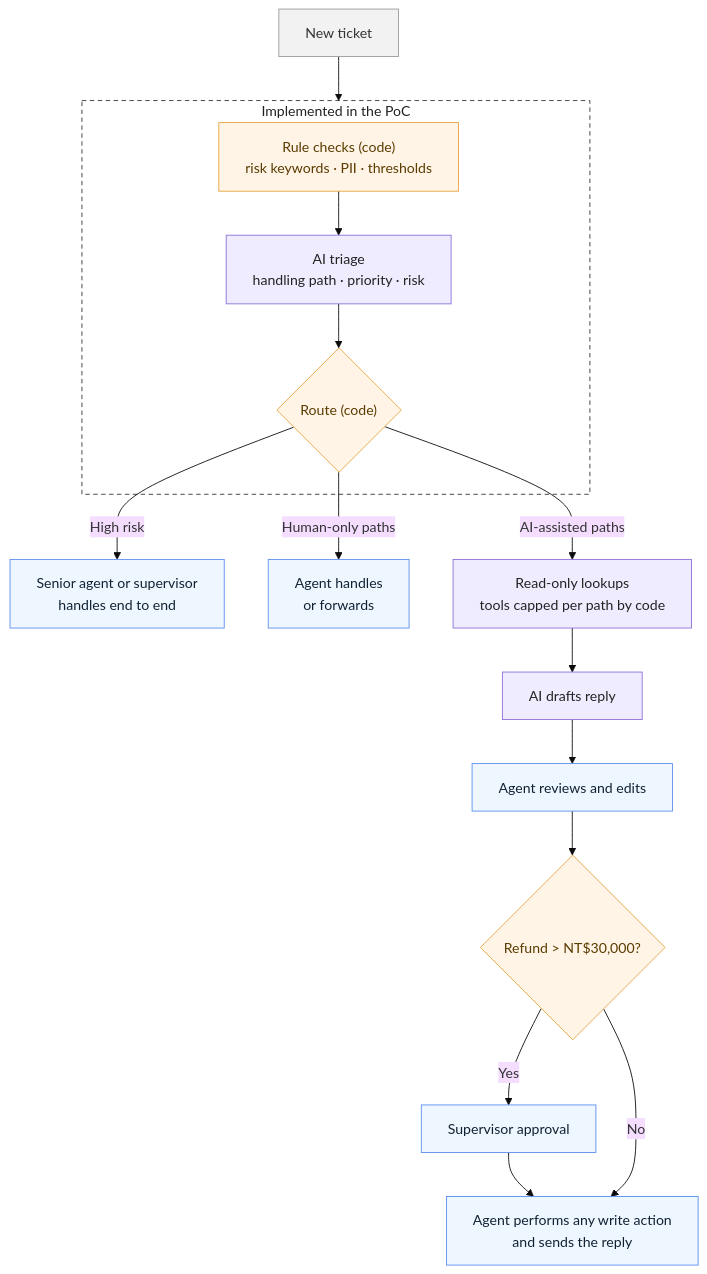
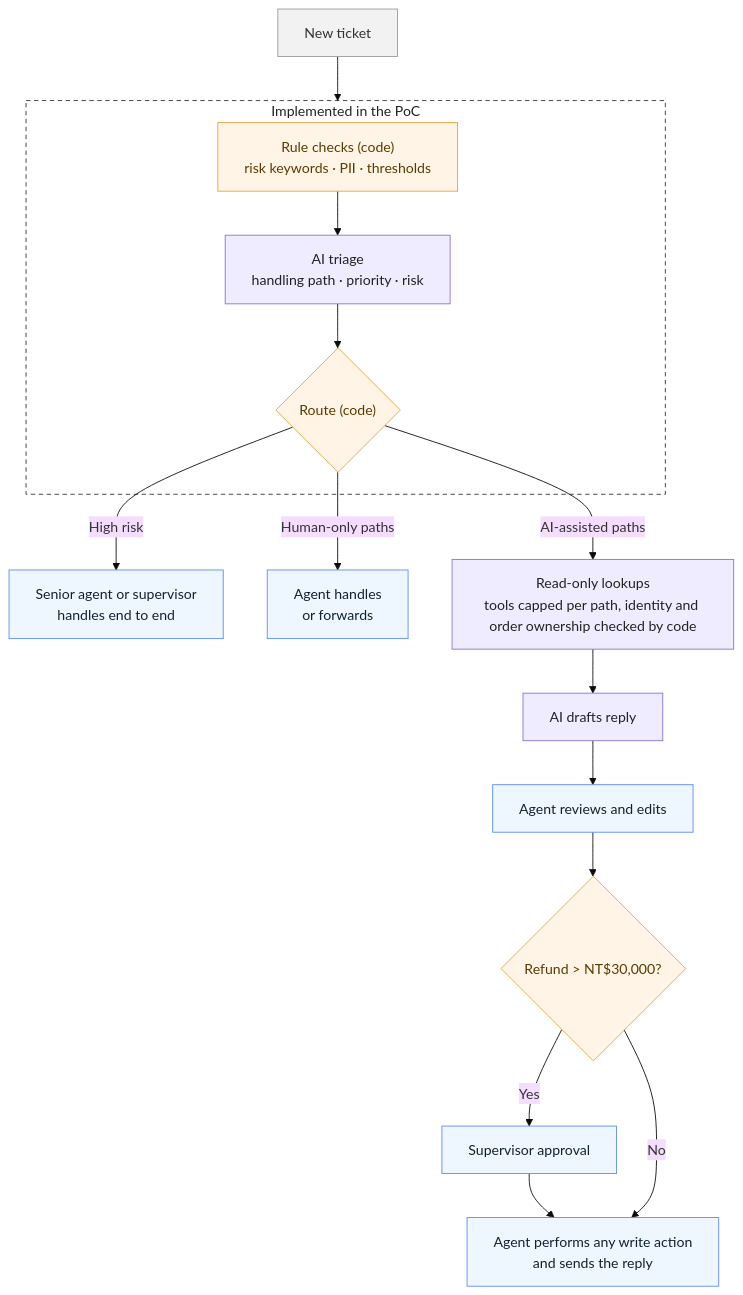
The diagram in docs/figures/workflow_overview.mmd (wei-yiting/travel-support-ai-case-study), drawn with Mermaid (base theme) before and after one commit. The commit also changed 6 other files, not shown here.

```diff
--- a/docs/figures/workflow_overview.mmd
+++ b/docs/figures/workflow_overview.mmd
@@ -1,27 +1,27 @@
 %%{init: {"flowchart": {"wrappingWidth": 260}}}%%
 flowchart TD
   A["New ticket"] --> P
 
   subgraph P["Implemented in the PoC"]
     R["Rule checks (code)<br/>risk keywords · PII · thresholds"] --> T["AI triage<br/>handling path · priority · risk"]
     T --> RT{"Route (code)"}
   end
 
   RT -- "High risk" --> HR["Senior agent or supervisor<br/>handles end to end"]
   RT -- "Human-only paths" --> HU["Agent handles<br/>or forwards"]
-  RT -- "AI-assisted paths" --> L["Read-only lookups<br/>tools capped per path by code"]
+  RT -- "AI-assisted paths" --> L["Read-only lookups<br/>tools capped per path, identity and order ownership checked by code"]
   L --> D["AI drafts reply"]
   D --> K["Agent reviews and edits"]
   K --> J{"Refund > NT$30,000?"}
   J -- Yes --> S["Supervisor approval"] --> SEND
   J -- No --> SEND["Agent performs any write action<br/>and sends the reply"]
 
   classDef rule fill:#fff4e5,stroke:#e8a33d,color:#5a3b00;
   classDef ai fill:#f0ecff,stroke:#8b6fd6,color:#222;
   classDef human fill:#eef6ff,stroke:#5b8def,color:#123;
   classDef sys fill:#f2f2f2,stroke:#999,color:#333;
   class R,RT,J rule;
   class T,L,D ai;
   class HR,HU,K,S,SEND human;
   class A sys;
   style P fill:#ffffff,stroke:#333,stroke-dasharray: 5 4,color:#222
```
